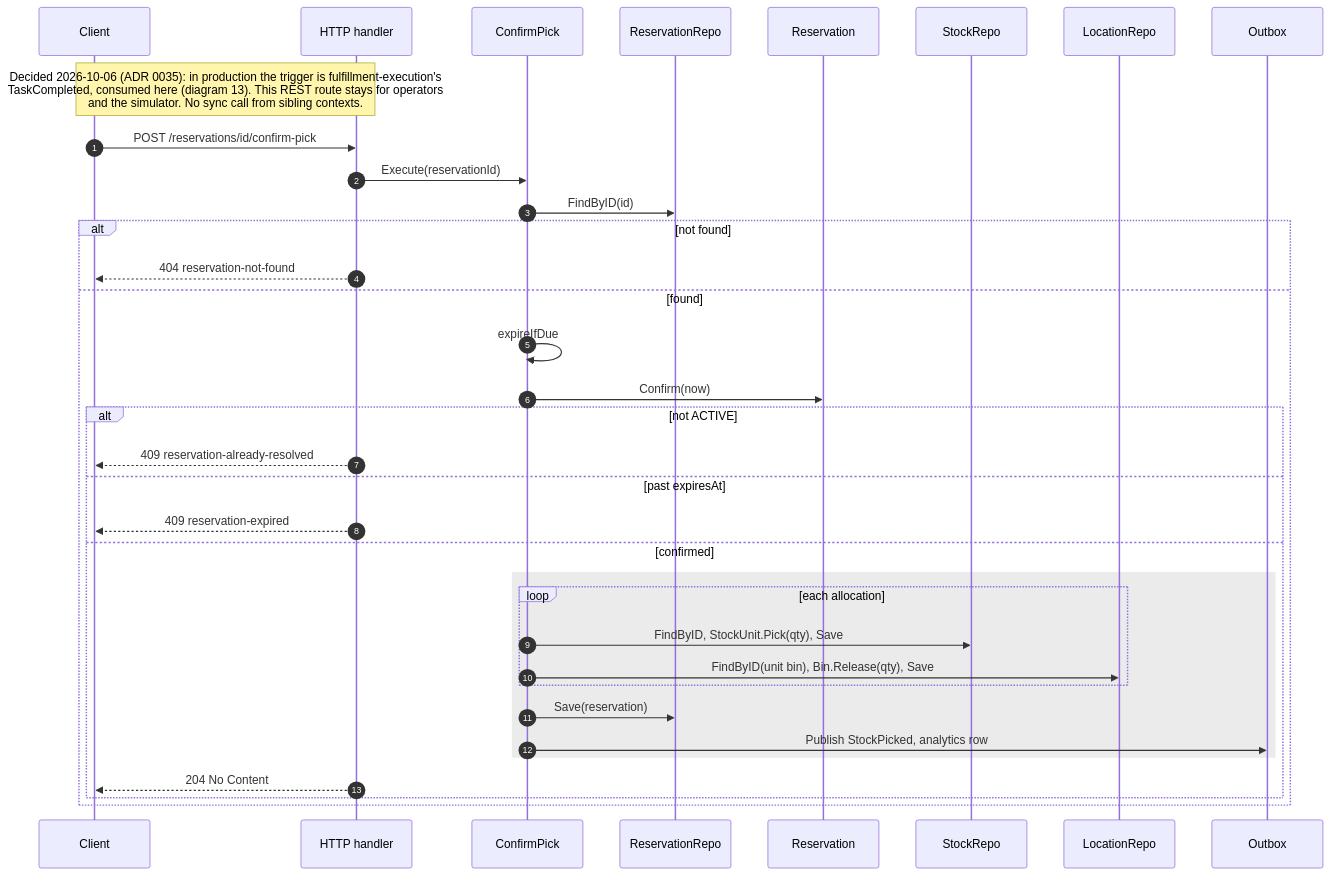
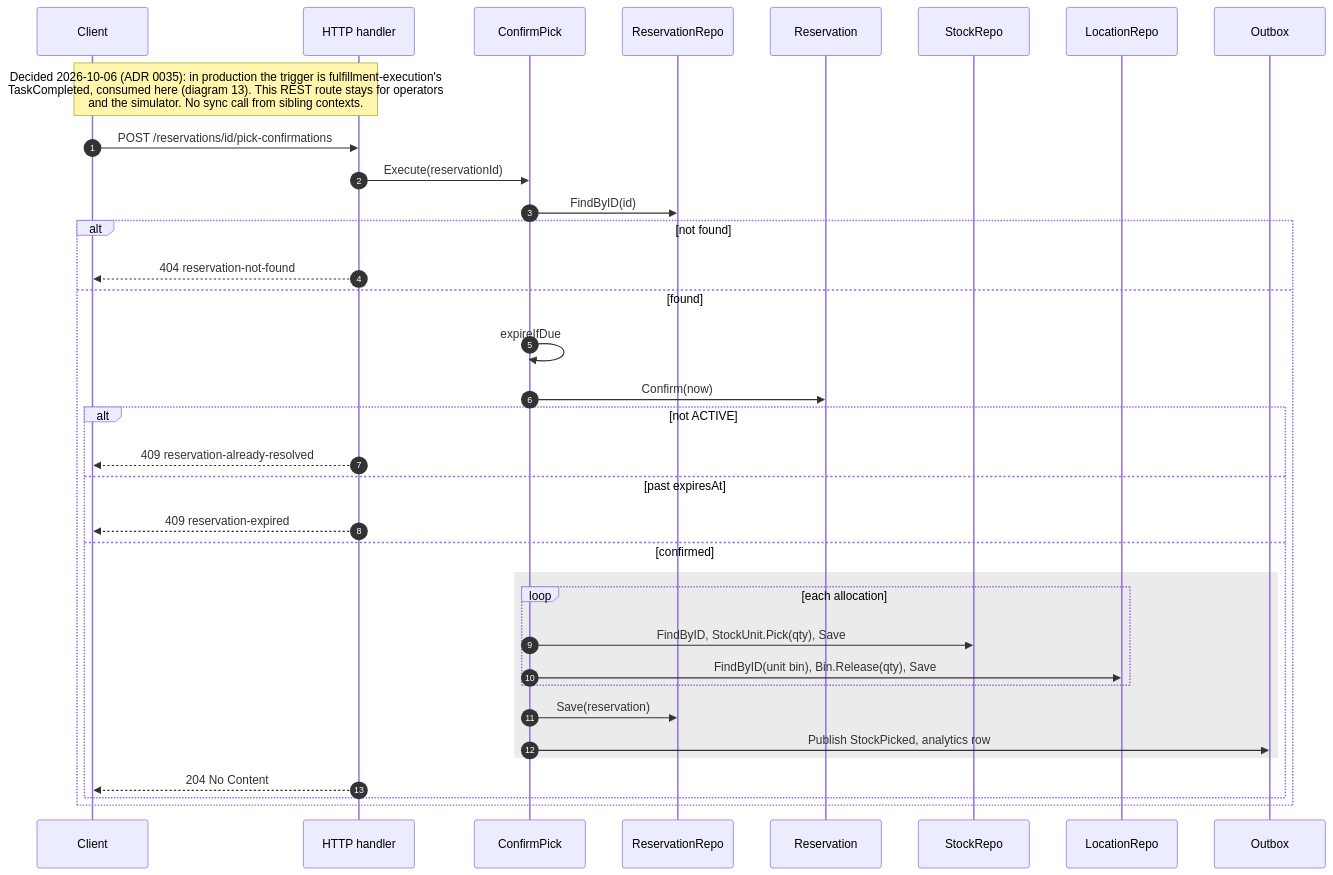
One commit to IQVO/inventory-storage changed the fifth of 14 diagrams in docs/docs/ddd/sequence-diagrams.md. Above: the diagram before and after it, drawn with Mermaid. The commit also changed other lines of this file and 34 other files, not shown here.

````diff
--- a/docs/docs/ddd/sequence-diagrams.md
+++ b/docs/docs/ddd/sequence-diagrams.md
@@ -233,37 +233,37 @@
 ```mermaid
 sequenceDiagram
     autonumber
     participant C as Client
     participant H as HTTP handler
     participant UC as ConfirmPick
     participant RR as ReservationRepo
     participant RES as Reservation
     participant SR as StockRepo
     participant LR as LocationRepo
     participant OB as Outbox
     Note over C,H: Decided 2026-10-06 (ADR 0035): in production the trigger is fulfillment-execution's<br/>TaskCompleted, consumed here (diagram 13). This REST route stays for operators<br/>and the simulator. No sync call from sibling contexts.
-    C->>H: POST /reservations/id/confirm-pick
+    C->>H: POST /reservations/id/pick-confirmations
     H->>UC: Execute(reservationId)
     UC->>RR: FindByID(id)
     alt not found
         H-->>C: 404 reservation-not-found
     else found
         UC->>UC: expireIfDue
         UC->>RES: Confirm(now)
         alt not ACTIVE
             H-->>C: 409 reservation-already-resolved
         else past expiresAt
             H-->>C: 409 reservation-expired
         else confirmed
             rect rgb(235, 235, 235)
                 loop each allocation
                     UC->>SR: FindByID, StockUnit.Pick(qty), Save
                     UC->>LR: FindByID(unit bin), Bin.Release(qty), Save
                 end
                 UC->>RR: Save(reservation)
                 UC->>OB: Publish StockPicked, analytics row
             end
             H-->>C: 204 No Content
         end
     end
 ```
````
